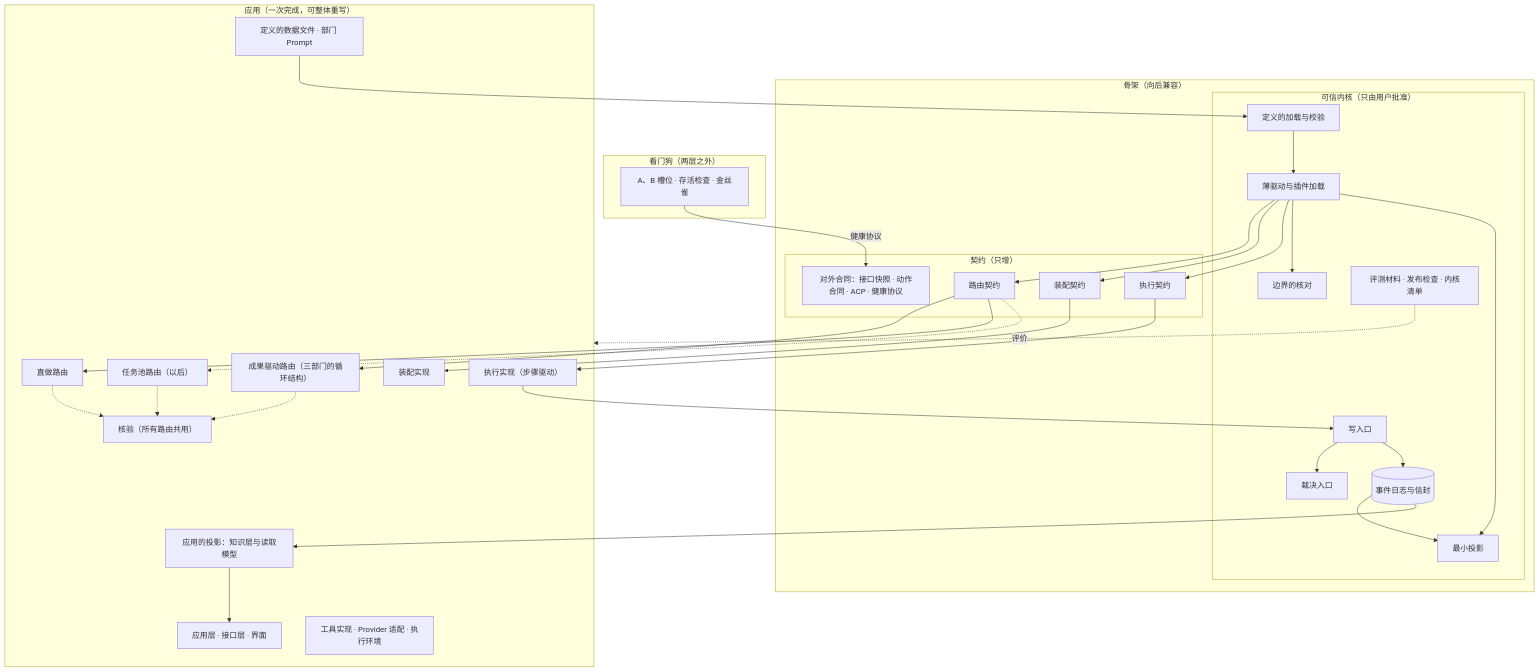
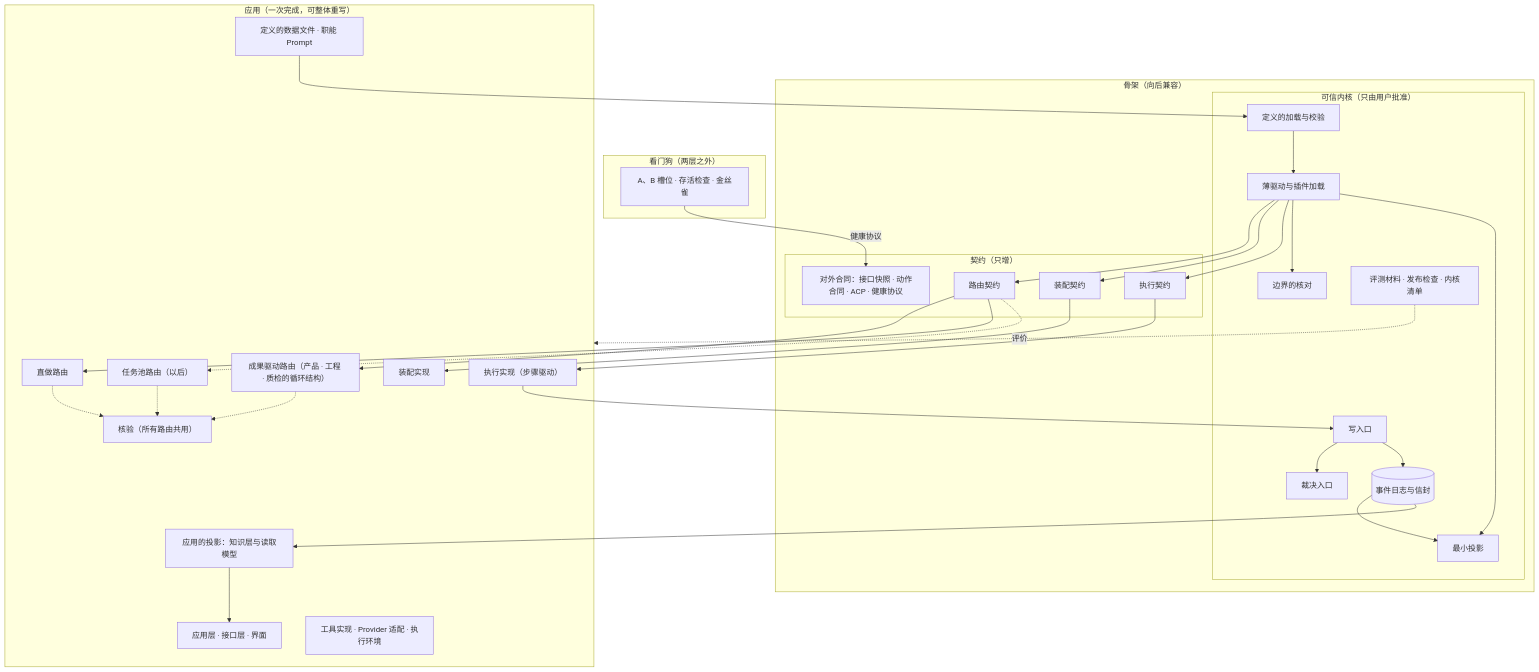
One commit to bender2333/yudao changed the second of 2 diagrams in docs/design/skeleton-and-application.md. Above: the diagram before and after it, drawn with Mermaid. The commit also changed other lines of this file and 149 other files, not shown here.

````diff
--- a/docs/design/skeleton-and-application.md
+++ b/docs/design/skeleton-and-application.md
@@ -286,52 +286,52 @@
 ```mermaid
 flowchart TB
   subgraph WD["看门狗（两层之外）"]
     Slots["A、B 槽位 · 存活检查 · 金丝雀"]
   end
   subgraph SK["骨架（向后兼容）"]
     subgraph Kernel["可信内核（只由用户批准）"]
       Log[("事件日志与信封")]
       WP["写入口"]
       U["裁决入口"]
       Bnd["边界的核对"]
       MP["最小投影"]
       Def["定义的加载与校验"]
       Eval["评测材料 · 发布检查 · 内核清单"]
       Drv["薄驱动与插件加载"]
     end
     subgraph Contract["契约（只增）"]
       RC["路由契约"]
       AC["装配契约"]
       XC["执行契约"]
       Ext["对外合同：接口快照 · 动作合同 · ACP · 健康协议"]
     end
   end
   subgraph APP["应用（一次完成，可整体重写）"]
-    Route["成果驱动路由（三部门的循环结构）"]
+    Route["成果驱动路由（产品 · 工程 · 质检的循环结构）"]
     Direct["直做路由"]
     Pool["任务池路由（以后）"]
     Verify["核验（所有路由共用）"]
     Asm["装配实现"]
     Exec["执行实现（步骤驱动）"]
     Know["应用的投影：知识层与读取模型"]
     UI["应用层 · 接口层 · 界面"]
     Tools["工具实现 · Provider 适配 · 执行环境"]
-    Data["定义的数据文件 · 部门 Prompt"]
+    Data["定义的数据文件 · 职能 Prompt"]
   end
   Slots -->|健康协议| Ext
   Drv --> RC --> Route
   RC --> Direct
   RC -.-> Pool
   Route & Direct & Pool -.-> Verify
   Drv --> AC --> Asm
   Drv --> XC --> Exec
   Drv --> Bnd
   Drv --> MP
   Exec --> WP --> U
   WP --> Log
   Log --> MP
   Log --> Know --> UI
   Def --> Drv
   Data --> Def
   Eval -.->|评价| APP
 ```
````
